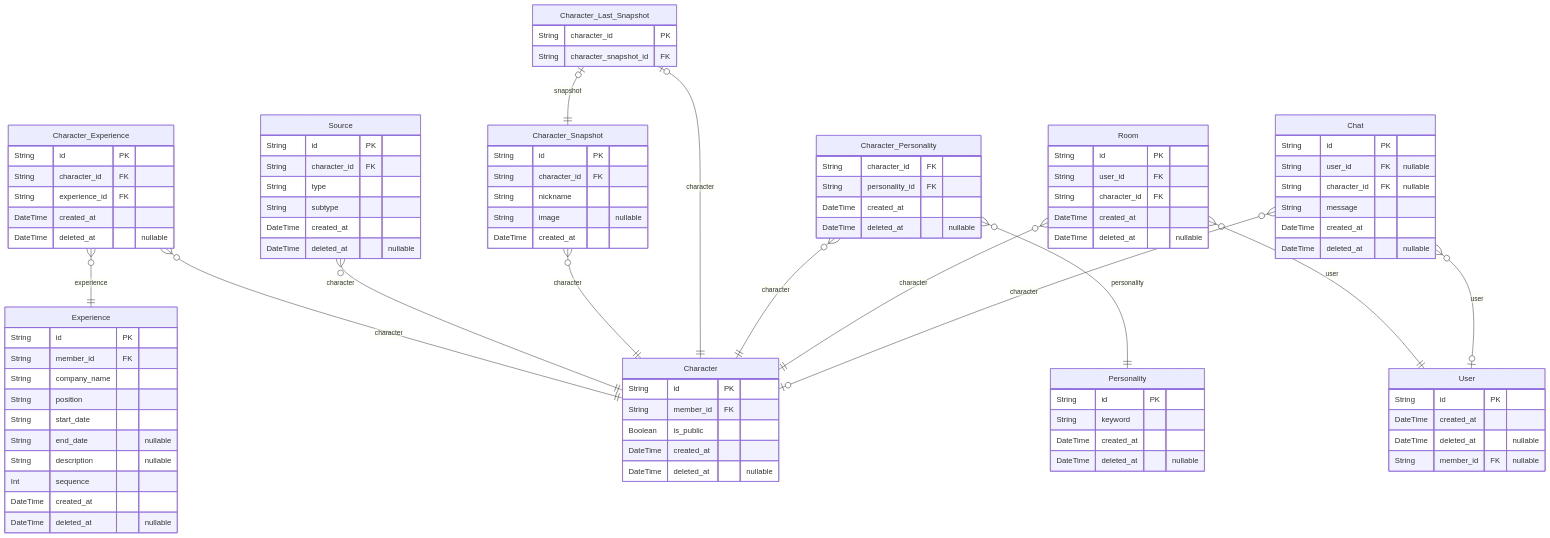
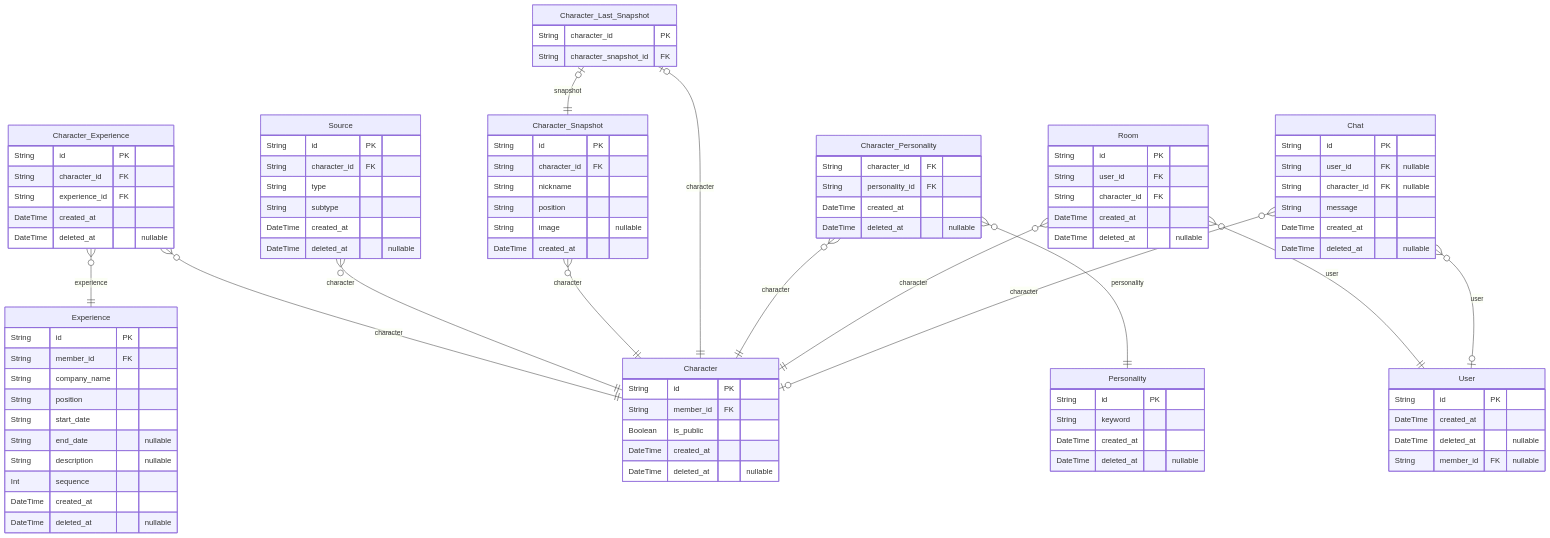
One commit to Resupath/backend changed the second of 2 diagrams in prisma/ERD.md. Above: the diagram before and after it, drawn with Mermaid. The commit also changed other lines of this file and 1 other file, not shown here.

Commit message:
feat: Charater에 직군 칼럼 스키마 정의

```diff
--- a/prisma/ERD.md
+++ b/prisma/ERD.md
@@ -103,6 +103,7 @@
   String id PK
   String character_id FK
   String nickname
+  String position
   String image "nullable"
   DateTime created_at
 }
```
